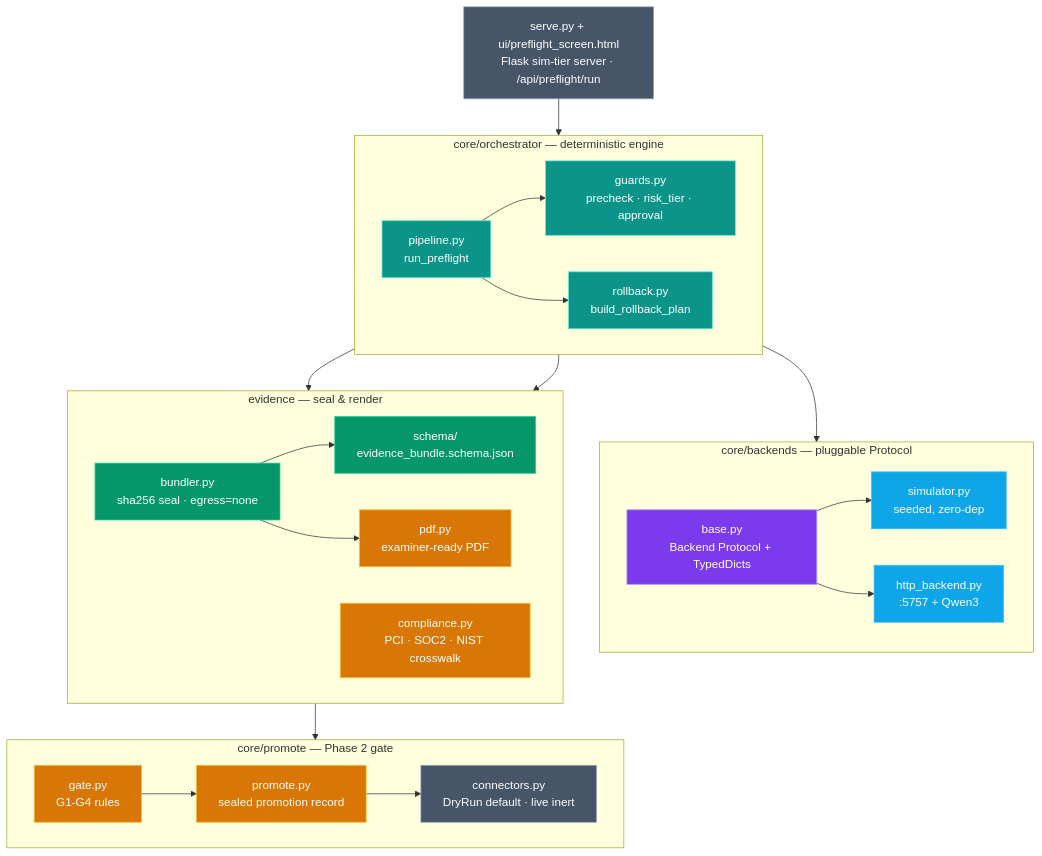
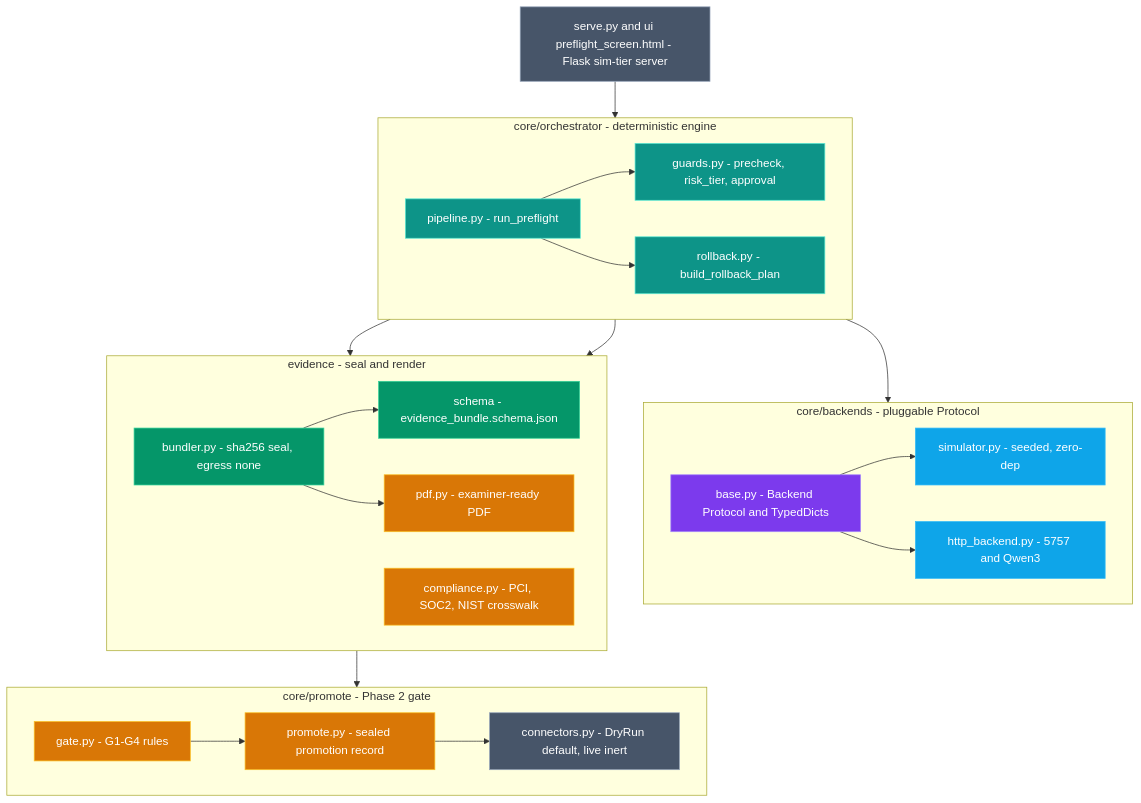
The second of 6 diagrams in docs/ARCHITECTURE.md (gesh75/aegis), drawn with Mermaid before and after one commit. The commit also changed other lines of this file and 1 other file, not shown here.

Commit message:
docs: harden mermaid diagrams for reliable GitHub rendering

````diff
--- a/docs/ARCHITECTURE.md
+++ b/docs/ARCHITECTURE.md
@@ -82,54 +82,54 @@
 ```mermaid
 flowchart TB
-    UI["serve.py + ui/preflight_screen.html<br/>Flask sim-tier server · /api/preflight/run"]:::edge
+    UI["serve.py and ui preflight_screen.html - Flask sim-tier server"]:::edge
 
-    subgraph ORCH["core/orchestrator — deterministic engine"]
+    subgraph ORCH["core/orchestrator - deterministic engine"]
         direction LR
-        PIPE[pipeline.py<br/>run_preflight]:::core
-        GUARD[guards.py<br/>precheck · risk_tier · approval]:::core
-        ROLL[rollback.py<br/>build_rollback_plan]:::core
+        PIPE["pipeline.py - run_preflight"]:::core
+        GUARD["guards.py - precheck, risk_tier, approval"]:::core
+        ROLL["rollback.py - build_rollback_plan"]:::core
     end
 
-    subgraph BACK["core/backends — pluggable Protocol"]
+    subgraph BACK["core/backends - pluggable Protocol"]
         direction LR
-        BASE[base.py<br/>Backend Protocol + TypedDicts]:::proto
-        SIM[simulator.py<br/>seeded, zero-dep]:::svc
-        HTTP[http_backend.py<br/>:5757 + Qwen3]:::svc
+        BASE["base.py - Backend Protocol and TypedDicts"]:::proto
+        SIM["simulator.py - seeded, zero-dep"]:::svc
+        HTTP["http_backend.py - 5757 and Qwen3"]:::svc
     end
 
-    subgraph EVID["evidence — seal & render"]
+    subgraph EVID["evidence - seal and render"]
         direction LR
-        BUND[bundler.py<br/>sha256 seal · egress=none]:::data
-        COMP[compliance.py<br/>PCI · SOC2 · NIST crosswalk]:::accent
-        PDF[pdf.py<br/>examiner-ready PDF]:::accent
-        SCHEMA[schema/<br/>evidence_bundle.schema.json]:::data
+        BUND["bundler.py - sha256 seal, egress none"]:::data
+        COMP["compliance.py - PCI, SOC2, NIST crosswalk"]:::accent
+        PDF["pdf.py - examiner-ready PDF"]:::accent
+        SCHEMA["schema - evidence_bundle.schema.json"]:::data
     end
 
-    subgraph PROM["core/promote — Phase 2 gate"]
+    subgraph PROM["core/promote - Phase 2 gate"]
         direction LR
-        GATE[gate.py<br/>G1-G4 rules]:::accent
-        PROMO[promote.py<br/>sealed promotion record]:::accent
-        CONN[connectors.py<br/>DryRun default · live inert]:::edge
+        GATE["gate.py - G1-G4 rules"]:::accent
+        PROMO["promote.py - sealed promotion record"]:::accent
+        CONN["connectors.py - DryRun default, live inert"]:::edge
     end
 
     UI --> PIPE
     PIPE --> GUARD
     PIPE --> BASE
     BASE --> SIM
     BASE --> HTTP
     PIPE --> COMP
     PIPE --> ROLL
     PIPE --> BUND
     BUND --> SCHEMA
     BUND --> PDF
     BUND --> GATE
     GATE --> PROMO
     PROMO --> CONN
 
     classDef edge fill:#475569,stroke:#94a3b8,color:#fff
     classDef core fill:#0d9488,stroke:#5eead4,color:#fff
     classDef proto fill:#7c3aed,stroke:#a78bfa,color:#fff
     classDef svc fill:#0ea5e9,stroke:#38bdf8,color:#fff
     classDef data fill:#059669,stroke:#34d399,color:#fff
     classDef accent fill:#d97706,stroke:#fbbf24,color:#fff
 ```
````
